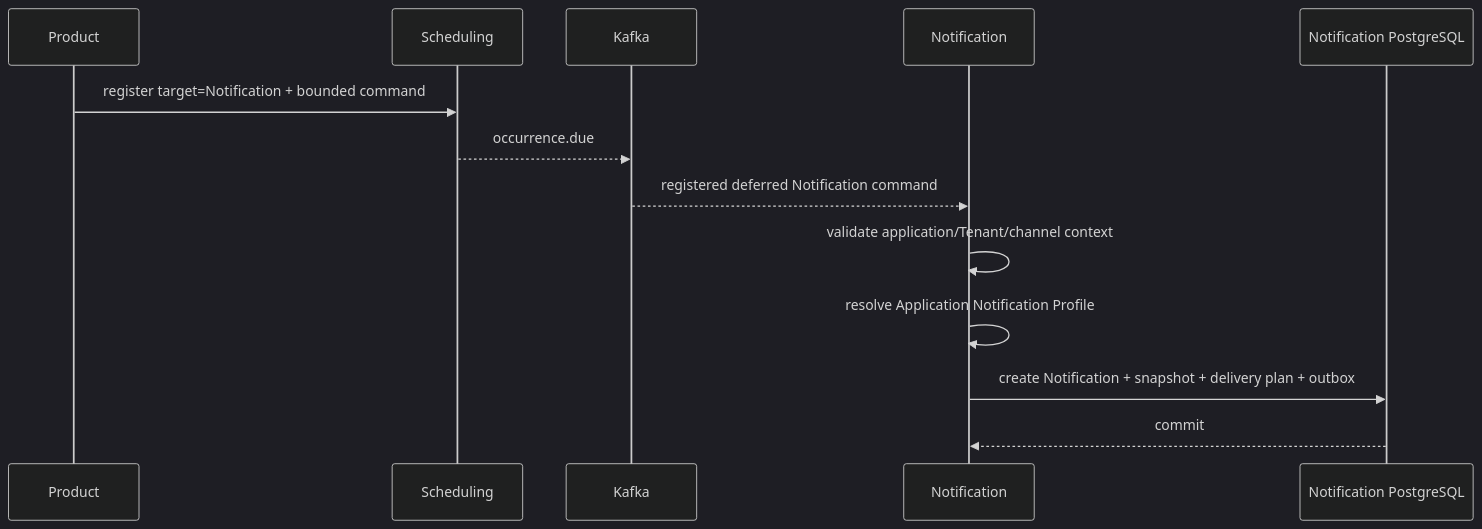
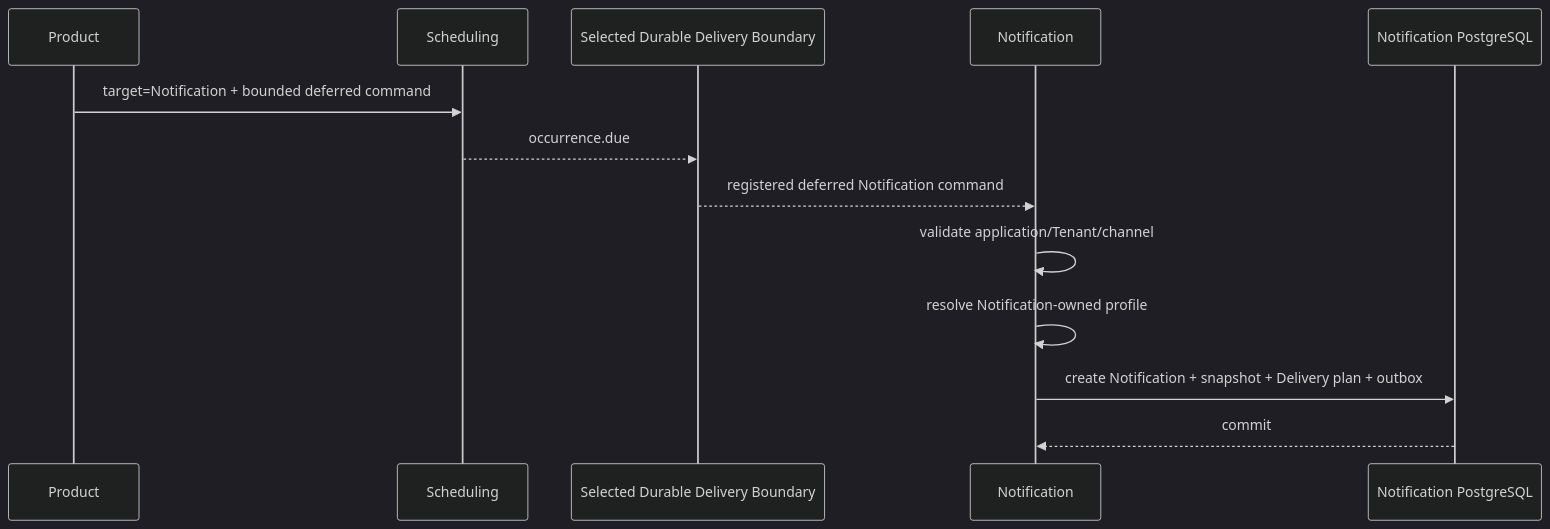
Before and after one commit to anshacerbia2/scnehaux-architecture: the fifth of 7 diagrams in 04-system/scnehaux-notification-platform/scnehaux-notification-platform.sad.md, drawn with Mermaid (dark theme). The commit also changed other lines of this file and 18 other files, not shown here.

````diff
--- a/04-system/scnehaux-notification-platform/scnehaux-notification-platform.sad.md
+++ b/04-system/scnehaux-notification-platform/scnehaux-notification-platform.sad.md
@@ -261,16 +356,16 @@
 ```mermaid
 sequenceDiagram
     participant P as Product
     participant S as Scheduling
-    participant K as Kafka
+    participant M as Selected Durable Delivery Boundary
     participant N as Notification
     participant D as Notification PostgreSQL
 
-    P->>S: register target=Notification + bounded command
-    S-->>K: occurrence.due
-    K-->>N: registered deferred Notification command
-    N->>N: validate application/Tenant/channel context
-    N->>N: resolve Application Notification Profile
-    N->>D: create Notification + snapshot + delivery plan + outbox
+    P->>S: target=Notification + bounded deferred command
+    S-->>M: occurrence.due
+    M-->>N: registered deferred Notification command
+    N->>N: validate application/Tenant/channel
+    N->>N: resolve Notification-owned profile
+    N->>D: create Notification + snapshot + Delivery plan + outbox
     D-->>N: commit
 ```
````
